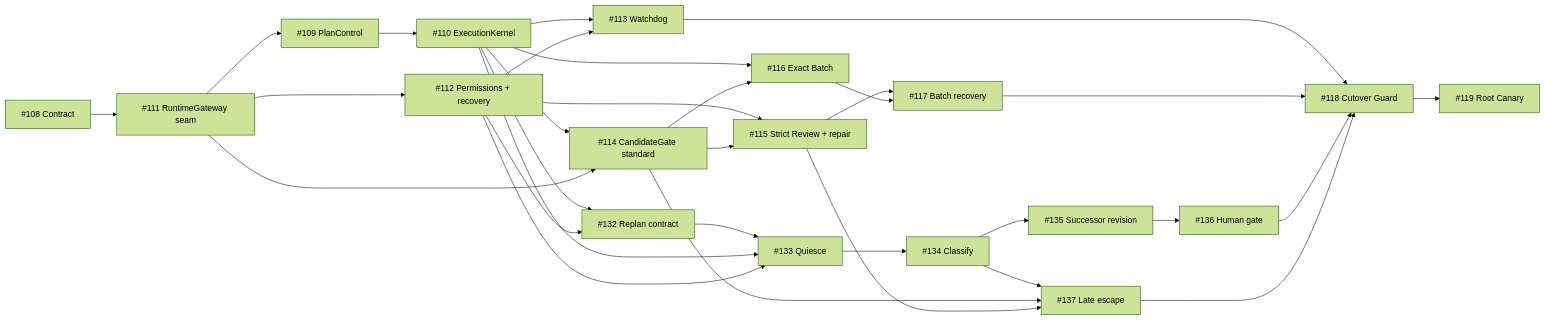
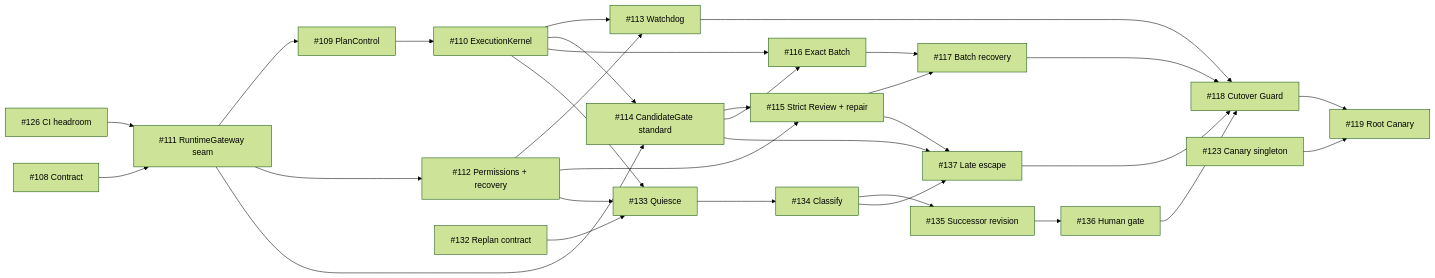
One commit to NOirBRight/github-work-orchestrator changed the diagram in docs/design/gwo-v8-lean-roadmap.md. Above: the diagram before and after it, drawn with Mermaid (forest theme). The commit also changed other lines of this file and 3 other files, not shown here.

````diff
--- a/docs/design/gwo-v8-lean-roadmap.md
+++ b/docs/design/gwo-v8-lean-roadmap.md
@@ -73,33 +80,34 @@
 ```mermaid
 flowchart LR
+    T126["#126 CI headroom"] --> T111
     T108["#108 Contract"] --> T111["#111 RuntimeGateway seam"]
     T111 --> T109["#109 PlanControl"]
     T109 --> T110["#110 ExecutionKernel"]
     T111 --> T112["#112 Permissions + recovery"]
     T110 --> T113["#113 Watchdog"]
     T112 --> T113
     T110 --> T114["#114 CandidateGate standard"]
     T111 --> T114
     T112 --> T115["#115 Strict Review + repair"]
     T114 --> T115
     T110 --> T116["#116 Exact Batch"]
     T114 --> T116
     T115 --> T117["#117 Batch recovery"]
     T116 --> T117
-    T110 --> T132["#132 Replan contract"]
-    T112 --> T132
+    T132["#132 Replan contract"]
     T132 --> T133["#133 Quiesce"]
     T110 --> T133
     T112 --> T133
     T133 --> T134["#134 Classify"]
     T134 --> T135["#135 Successor revision"]
     T135 --> T136["#136 Human gate"]
     T134 --> T137["#137 Late escape"]
     T114 --> T137
     T115 --> T137
     T113 --> T118["#118 Cutover Guard"]
     T117 --> T118
     T136 --> T118
     T137 --> T118
     T118 --> T119["#119 Root Canary"]
+    T123["#123 Canary singleton"] --> T119
 ```
````
